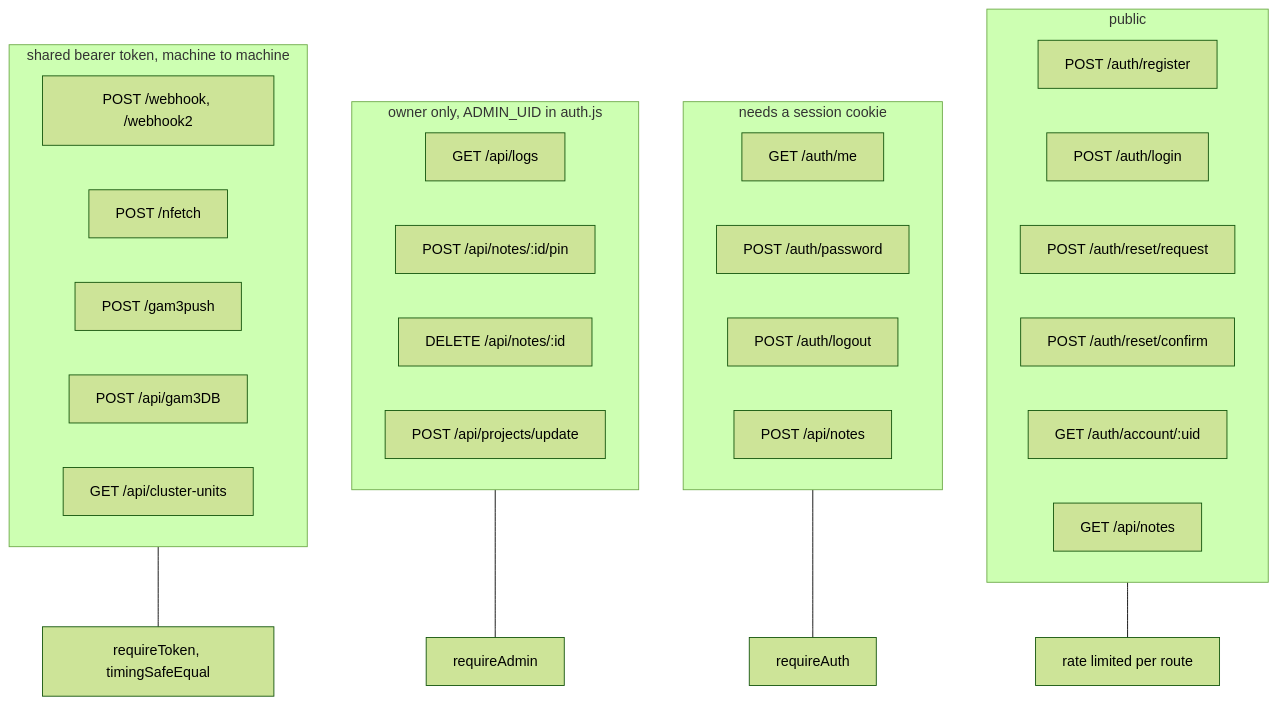
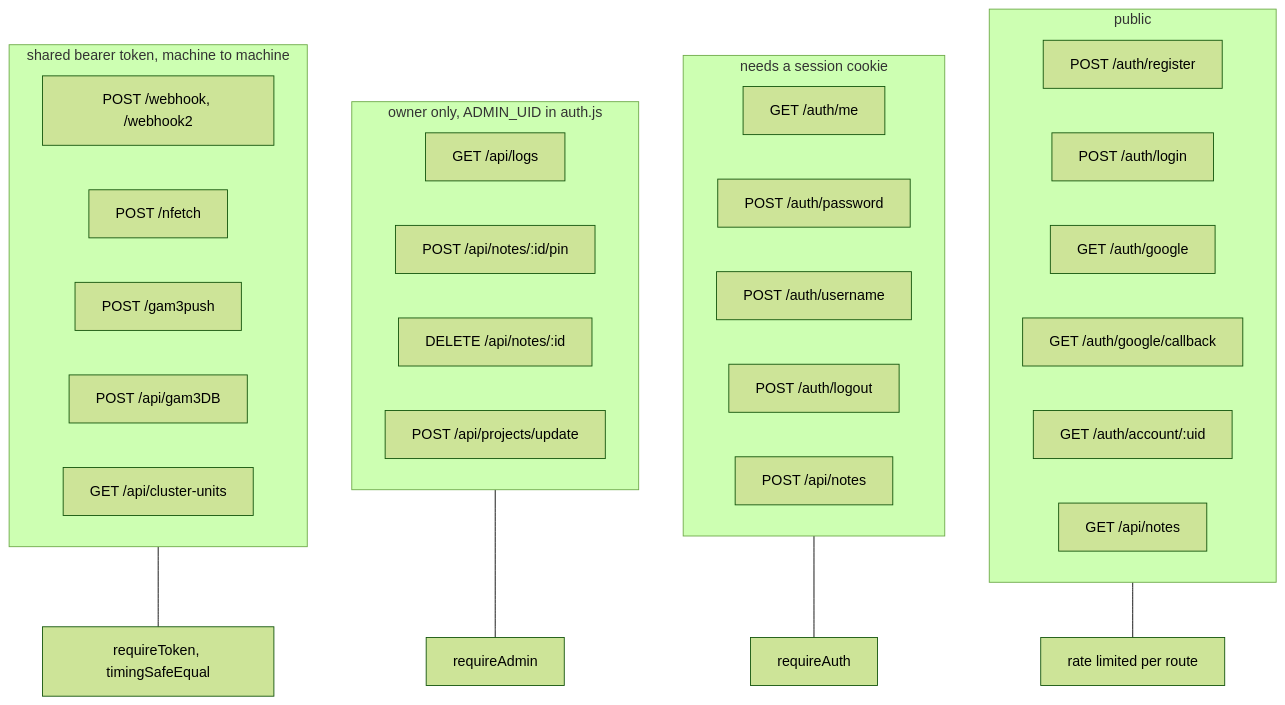
The seventh of 7 diagrams in ARCHITECTURE.md (Air-zy/airWebsite), drawn with Mermaid (forest theme) before and after one commit. The commit also changed other lines of this file and 22 other files, not shown here.

````diff
--- a/ARCHITECTURE.md
+++ b/ARCHITECTURE.md
@@ -195,38 +189,39 @@
 ```mermaid
 flowchart TD
   subgraph PUB["public"]
     P1["POST /auth/register"]
     P2["POST /auth/login"]
-    P3["POST /auth/reset/request"]
-    P4["POST /auth/reset/confirm"]
+    P3["GET /auth/google"]
+    P4["GET /auth/google/callback"]
     P5["GET /auth/account/:uid"]
     P6["GET /api/notes"]
   end
 
   subgraph SESS["needs a session cookie"]
     S1["GET /auth/me"]
     S2["POST /auth/password"]
+    S5["POST /auth/username"]
     S3["POST /auth/logout"]
     S4["POST /api/notes"]
   end
 
   subgraph ADMIN["owner only, ADMIN_UID in auth.js"]
     A1["GET /api/logs"]
     A2["POST /api/notes/:id/pin"]
     A3["DELETE /api/notes/:id"]
     A4["POST /api/projects/update"]
   end
 
   subgraph TOKEN["shared bearer token, machine to machine"]
     T1["POST /webhook, /webhook2"]
     T2["POST /nfetch"]
     T3["POST /gam3push"]
     T5["POST /api/gam3DB"]
     T6["GET /api/cluster-units"]
   end
 
   PUB --- RL1["rate limited per route"]
   SESS --- MW1["requireAuth"]
   ADMIN --- MW2["requireAdmin"]
   TOKEN --- MW3["requireToken, timingSafeEqual"]
 ```
````
